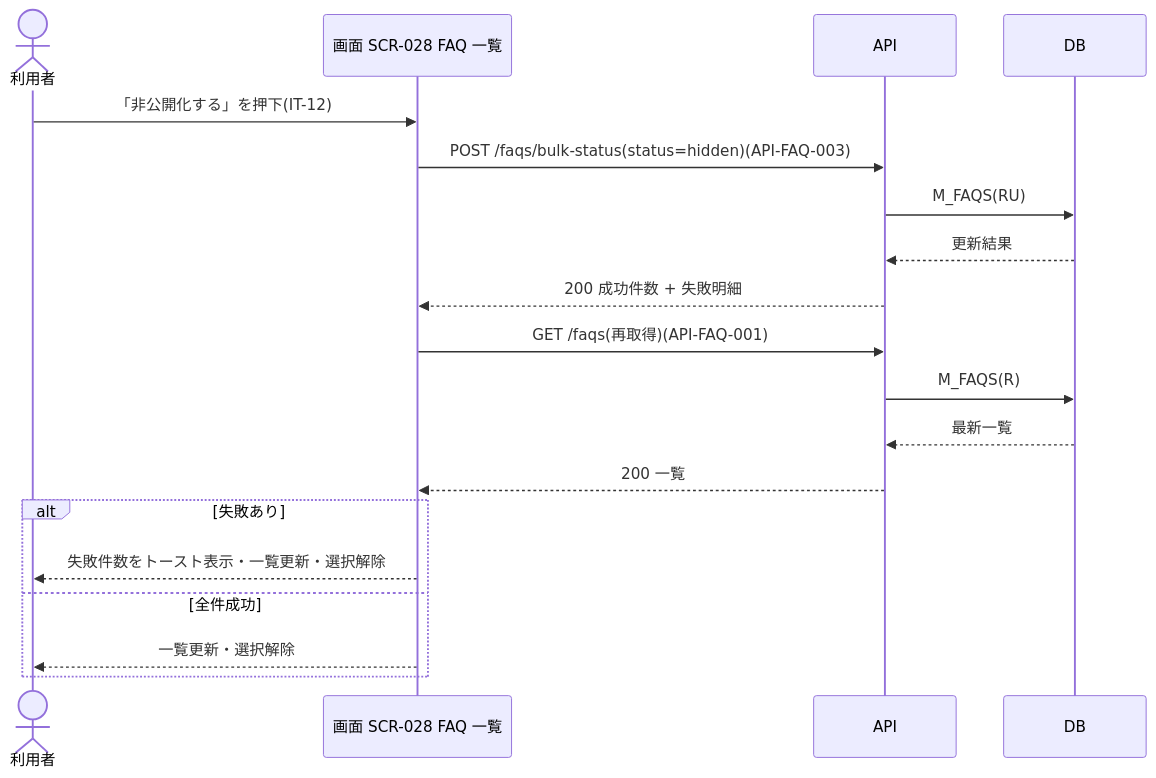
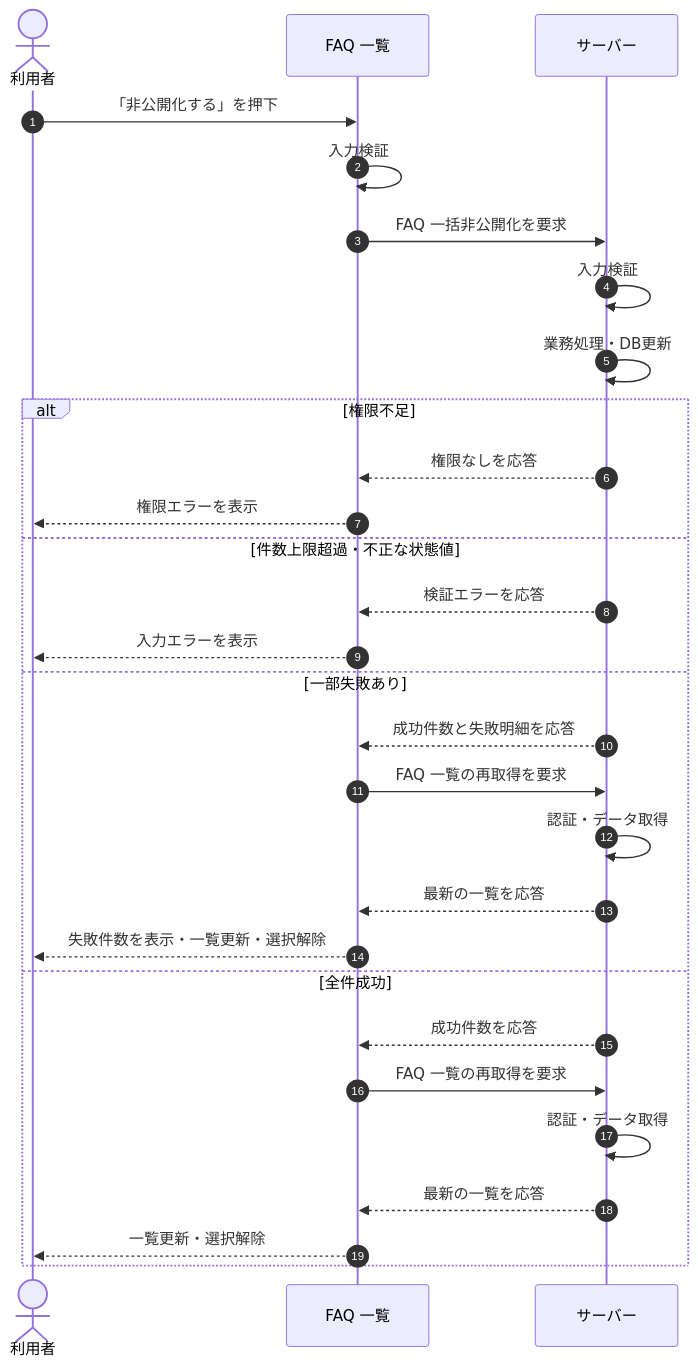
The diagram in 02_basic_design/05_sequences/SEQ-029.md (sikakou54/open-faq), drawn with Mermaid before and after one commit. The commit also changed other lines of this file and 108 other files, not shown here.

First line of the commit message:
基本設計: シーケンス図を基本設計粒度(ユーザー/画面/サーバー)へ再編成

````diff
--- a/02_basic_design/05_sequences/SEQ-029.md
+++ b/02_basic_design/05_sequences/SEQ-029.md
@@ -25,21 +32,31 @@
 ```mermaid
 sequenceDiagram
+  autonumber
   actor U as 利用者
-  participant S as 画面 SCR-028 FAQ 一覧
-  participant API as API
-  participant DB as DB
-  U->>S: 「非公開化する」を押下(IT-12)
-  S->>API: POST /faqs/bulk-status(status=hidden)(API-FAQ-003)
-  API->>DB: M_FAQS(RU)
-  DB-->>API: 更新結果
-  API-->>S: 200 成功件数 + 失敗明細
-  S->>API: GET /faqs(再取得)(API-FAQ-001)
-  API->>DB: M_FAQS(R)
-  DB-->>API: 最新一覧
-  API-->>S: 200 一覧
-  alt 失敗あり
-    S-->>U: 失敗件数をトースト表示・一覧更新・選択解除
+  participant Screen as FAQ 一覧
+  participant Server as サーバー
+  U->>Screen: 「非公開化する」を押下
+  Screen->>Screen: 入力検証
+  Screen->>Server: FAQ 一括非公開化を要求
+  Server->>Server: 入力検証
+  Server->>Server: 業務処理・DB更新
+  alt 権限不足
+    Server-->>Screen: 権限なしを応答
+    Screen-->>U: 権限エラーを表示
+  else 件数上限超過・不正な状態値
+    Server-->>Screen: 検証エラーを応答
+    Screen-->>U: 入力エラーを表示
+  else 一部失敗あり
+    Server-->>Screen: 成功件数と失敗明細を応答
+    Screen->>Server: FAQ 一覧の再取得を要求
+    Server->>Server: 認証・データ取得
+    Server-->>Screen: 最新の一覧を応答
+    Screen-->>U: 失敗件数を表示・一覧更新・選択解除
   else 全件成功
-    S-->>U: 一覧更新・選択解除
+    Server-->>Screen: 成功件数を応答
+    Screen->>Server: FAQ 一覧の再取得を要求
+    Server->>Server: 認証・データ取得
+    Server-->>Screen: 最新の一覧を応答
+    Screen-->>U: 一覧更新・選択解除
   end
 ```
````
